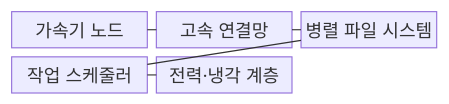
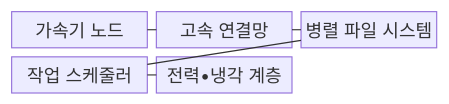
The first of 2 diagrams in src/content/docs/notes/08-latest-tech/138_ai_supercomputing.md (agnusdei1207/knowledge-base), drawn with Mermaid before and after one commit. The commit also changed other lines of this file and 953 other files, not shown here.

````diff
--- a/src/content/docs/notes/08-latest-tech/138_ai_supercomputing.md
+++ b/src/content/docs/notes/08-latest-tech/138_ai_supercomputing.md
@@ -64,13 +64,13 @@
 ```mermaid
 block-beta
     columns 3
     N["가속기 노드"]
     F["고속 연결망"]
     S["병렬 파일 시스템"]
     O["작업 스케줄러"]
-    P["전력·냉각 계층"]
+    P["전력•냉각 계층"]
     N --- F
     F --- S
     S --- O
     O --- P
 ```
````
